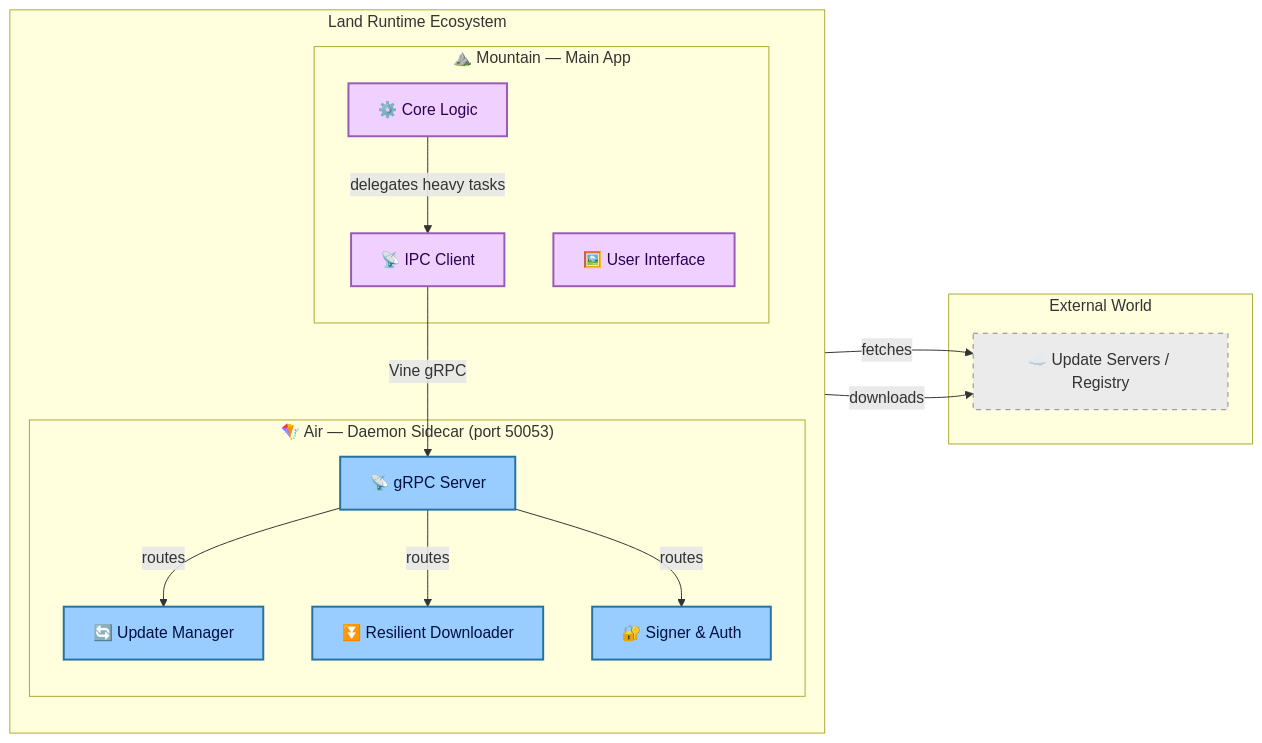
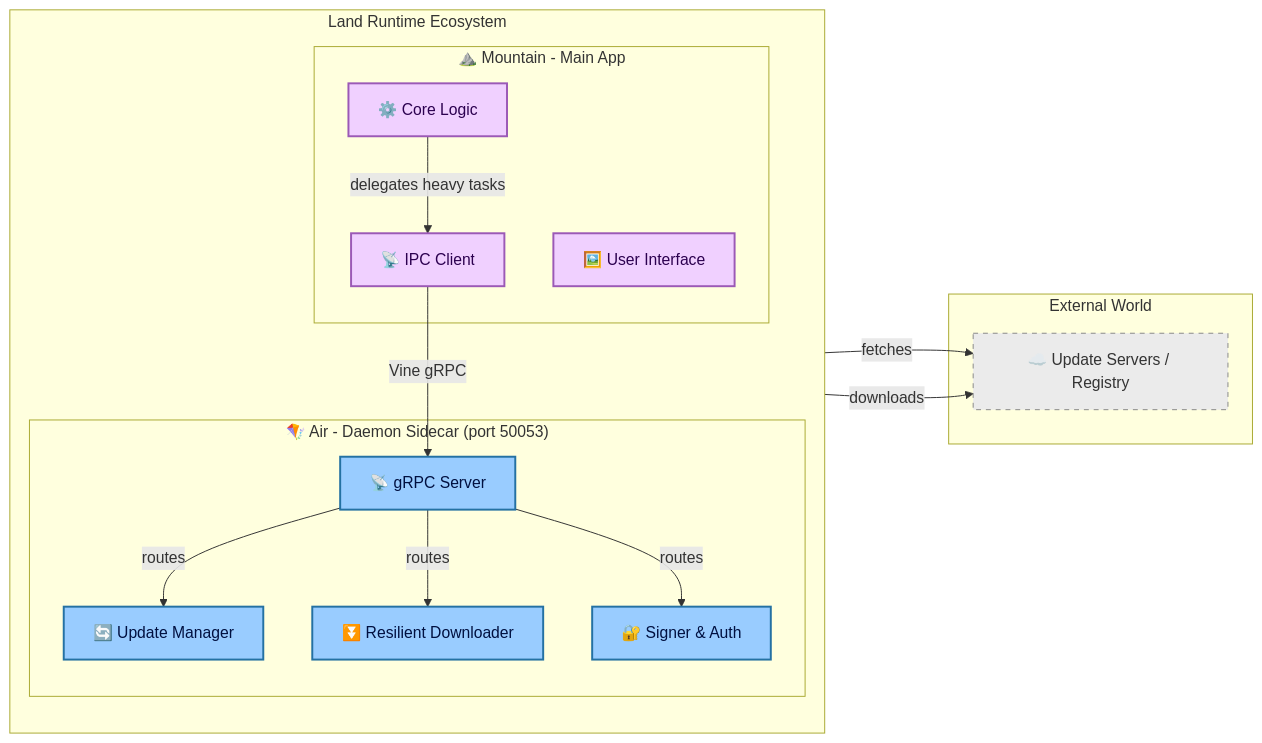
The diagram in README.md (CodeEditorLand/Air), drawn with Mermaid before and after one commit. The commit also changed other lines of this file and 13 other files, not shown here.

````diff
--- a/README.md
+++ b/README.md
@@ -102,37 +102,37 @@
 ```mermaid
 graph LR
     classDef mountain fill:#f0d0ff,stroke:#9b59b6,stroke-width:2px,color:#2c0050;
     classDef air      fill:#9cf,stroke:#2471a3,stroke-width:2px,color:#001040;
     classDef external fill:#ebebeb,stroke:#888,stroke-dasharray:5 5,color:#333;
 
     subgraph "Land Runtime Ecosystem"
         direction TB
 
-        subgraph "⛰️ Mountain — Main App"
+        subgraph "⛰️ Mountain - Main App"
             UI["🖼️ User Interface"]:::mountain
             CoreLogic["⚙️ Core Logic"]:::mountain
             IPC_Client["📡 IPC Client"]:::mountain
             CoreLogic -- delegates heavy tasks --> IPC_Client
         end
 
-        subgraph "🪁 Air — Daemon Sidecar (port 50053)"
+        subgraph "🪁 Air - Daemon Sidecar (port 50053)"
             IPC_Server["📡 gRPC Server"]:::air
             UpdateMgr["🔄 Update Manager"]:::air
             Downloader["⏬ Resilient Downloader"]:::air
             AuthService["🔐 Signer & Auth"]:::air
 
             IPC_Server -- routes --> UpdateMgr
             IPC_Server -- routes --> Downloader
             IPC_Server -- routes --> AuthService
         end
 
         IPC_Client -- Vine gRPC --> IPC_Server
     end
 
     subgraph "External World"
         Cloud["☁️ Update Servers / Registry"]:::external
     end
 
     UpdateMgr -- fetches --> Cloud
     Downloader -- downloads --> Cloud
 ```
````
